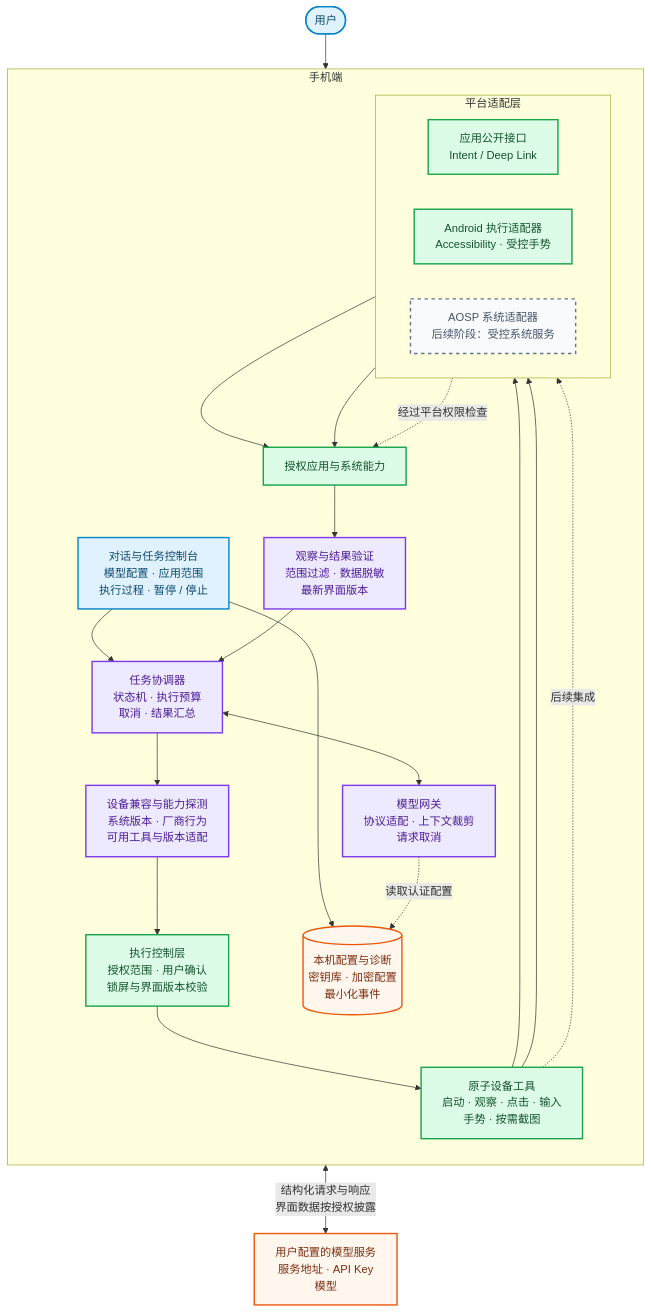
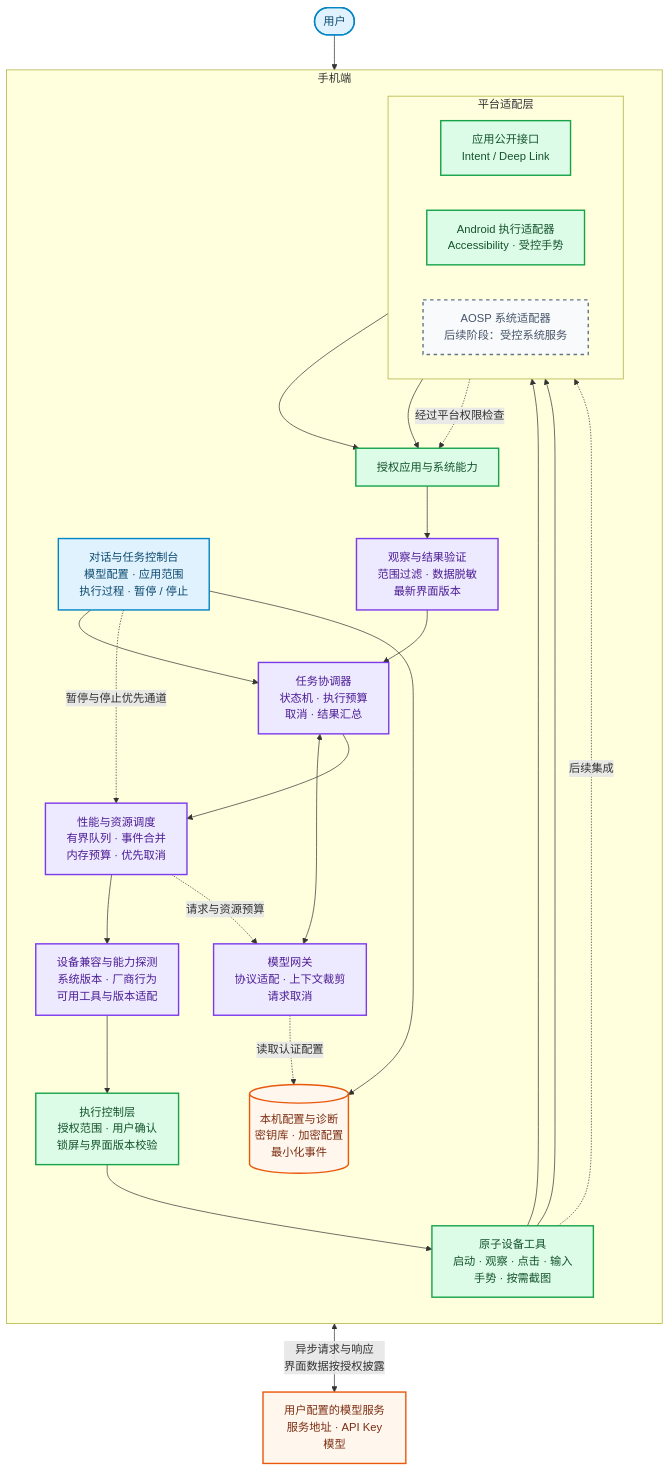
Before and after one commit to ecojust/Agent-OS: the diagram in docs/diagrams/system-architecture.mmd, drawn with Mermaid. The commit also changed 12 other files, not shown here.

```diff
--- a/docs/diagrams/system-architecture.mmd
+++ b/docs/diagrams/system-architecture.mmd
@@ -1,49 +1,52 @@
 flowchart TB
     user([用户]) --> ui
 
     subgraph phone[手机端]
         direction TB
         ui[对话与任务控制台<br/>模型配置 · 应用范围<br/>执行过程 · 暂停 / 停止]
         runtime[任务协调器<br/>状态机 · 执行预算<br/>取消 · 结果汇总]
+        scheduler[性能与资源调度<br/>有界队列 · 事件合并<br/>内存预算 · 优先取消]
         capabilities[设备兼容与能力探测<br/>系统版本 · 厂商行为<br/>可用工具与版本适配]
         gateway[模型网关<br/>协议适配 · 上下文裁剪<br/>请求取消]
         policy[执行控制层<br/>授权范围 · 用户确认<br/>锁屏与界面版本校验]
         tools[原子设备工具<br/>启动 · 观察 · 点击 · 输入<br/>手势 · 按需截图]
         observer[观察与结果验证<br/>范围过滤 · 数据脱敏<br/>最新界面版本]
         storage[(本机配置与诊断<br/>密钥库 · 加密配置<br/>最小化事件)]
 
         ui --> runtime
         runtime <--> gateway
-        runtime --> capabilities --> policy --> tools
+        runtime --> scheduler --> capabilities --> policy --> tools
+        ui -. 暂停与停止优先通道 .-> scheduler
+        scheduler -. 请求与资源预算 .-> gateway
         ui --> storage
         gateway -. 读取认证配置 .-> storage
 
         subgraph adapters[平台适配层]
             direction LR
             publicapi[应用公开接口<br/>Intent / Deep Link]
             access[Android 执行适配器<br/>Accessibility · 受控手势]
             system[AOSP 系统适配器<br/>后续阶段：受控系统服务]
         end
 
         tools --> publicapi
         tools --> access
         tools -. 后续集成 .-> system
         apps[授权应用与系统能力]
         publicapi --> apps
         access --> apps
         system -. 经过平台权限检查 .-> apps
         apps --> observer --> runtime
     end
 
-    gateway <-->|结构化请求与响应<br/>界面数据按授权披露| model[用户配置的模型服务<br/>服务地址 · API Key<br/>模型]
+    gateway <-->|异步请求与响应<br/>界面数据按授权披露| model[用户配置的模型服务<br/>服务地址 · API Key<br/>模型]
 
     classDef interaction fill:#e0f2fe,stroke:#0284c7,color:#0c4a6e,stroke-width:2px;
     classDef orchestration fill:#ede9fe,stroke:#7c3aed,color:#4c1d95,stroke-width:2px;
     classDef execution fill:#dcfce7,stroke:#16a34a,color:#14532d,stroke-width:2px;
     classDef future fill:#f8fafc,stroke:#64748b,color:#475569,stroke-width:2px,stroke-dasharray:5 5;
     classDef boundary fill:#fff7ed,stroke:#ea580c,color:#7c2d12,stroke-width:2px;
     class user,ui interaction;
-    class runtime,capabilities,gateway,observer orchestration;
+    class runtime,scheduler,capabilities,gateway,observer orchestration;
     class policy,tools,publicapi,access,apps execution;
     class system future;
     class model,storage boundary;
```
